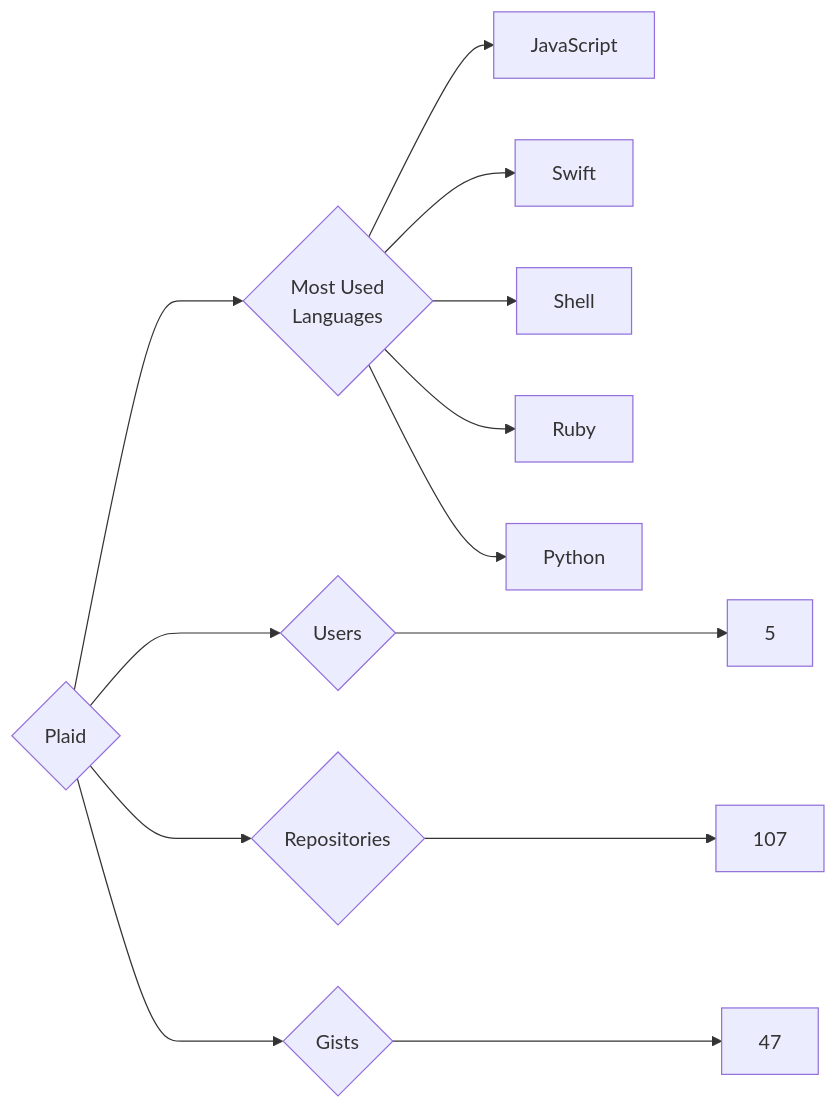
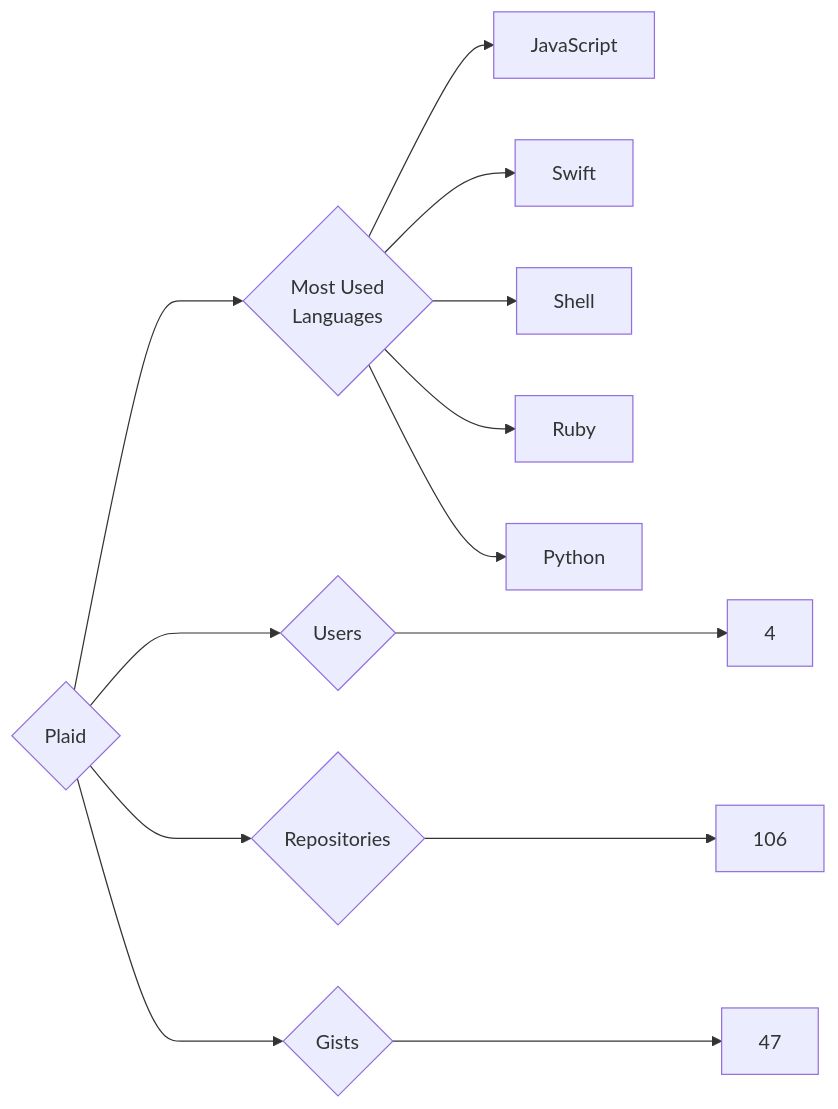
One commit to trickest/insiders changed the diagram in targets/Plaid/README.md. Above: the diagram before and after it, drawn with Mermaid. The commit also changed 677 other files, not shown here.

````diff
--- a/targets/Plaid/README.md
+++ b/targets/Plaid/README.md
@@ -3,13 +3,13 @@
 ```mermaid
 graph LR
 COMPANY_NAME{Plaid}
-COMPANY_NAME ---> U{Users} ---> UN[5]
-COMPANY_NAME ---> R{Repositories} ---> RN[107]
+COMPANY_NAME ---> U{Users} ---> UN[4]
+COMPANY_NAME ---> R{Repositories} ---> RN[106]
 COMPANY_NAME ---> G{Gists} ---> GN[47]
 COMPANY_NAME ---> ML{Most Used<br>Languages}
 ML --> JavaScript[JavaScript]
 ML --> Swift[Swift]
 ML --> Shell[Shell]
 ML --> Ruby[Ruby]
 ML --> Python[Python]
 ```
````
